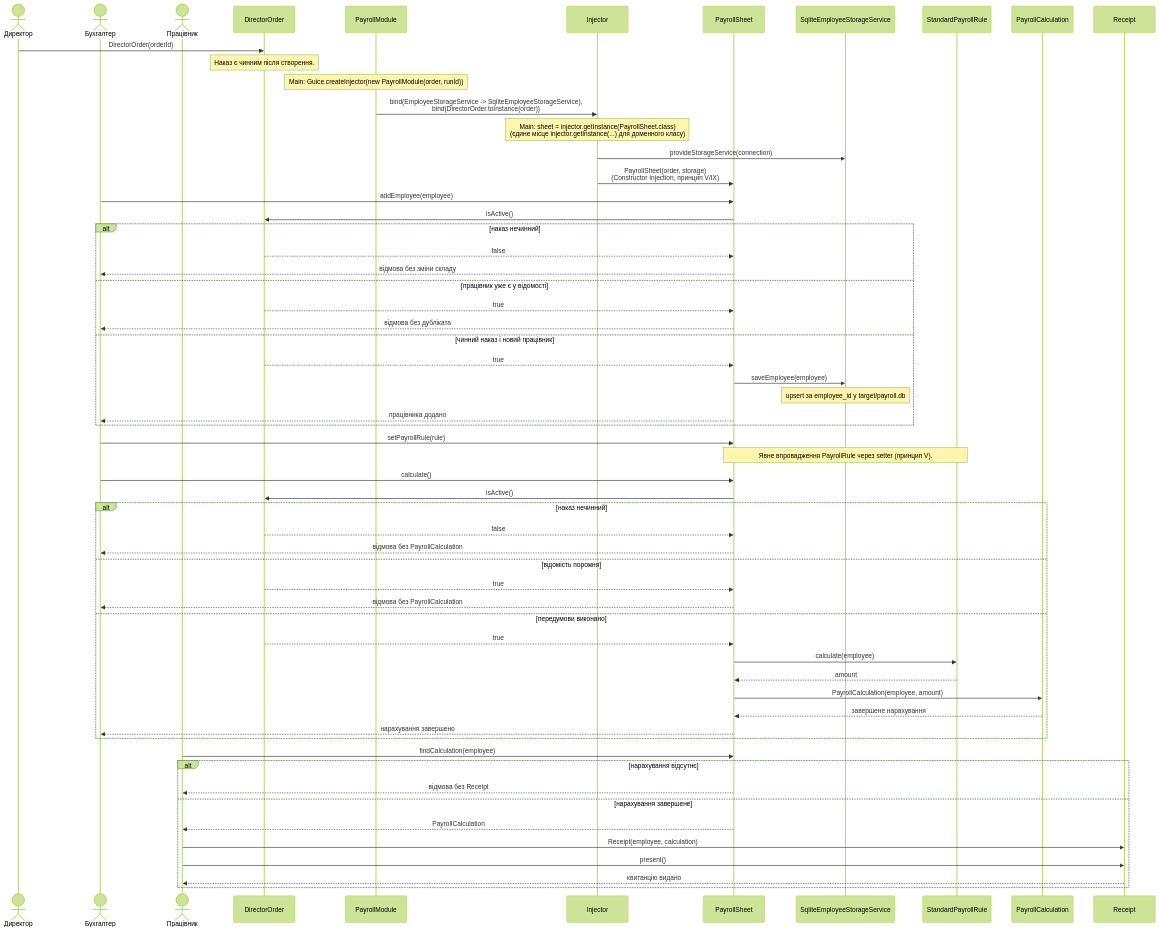
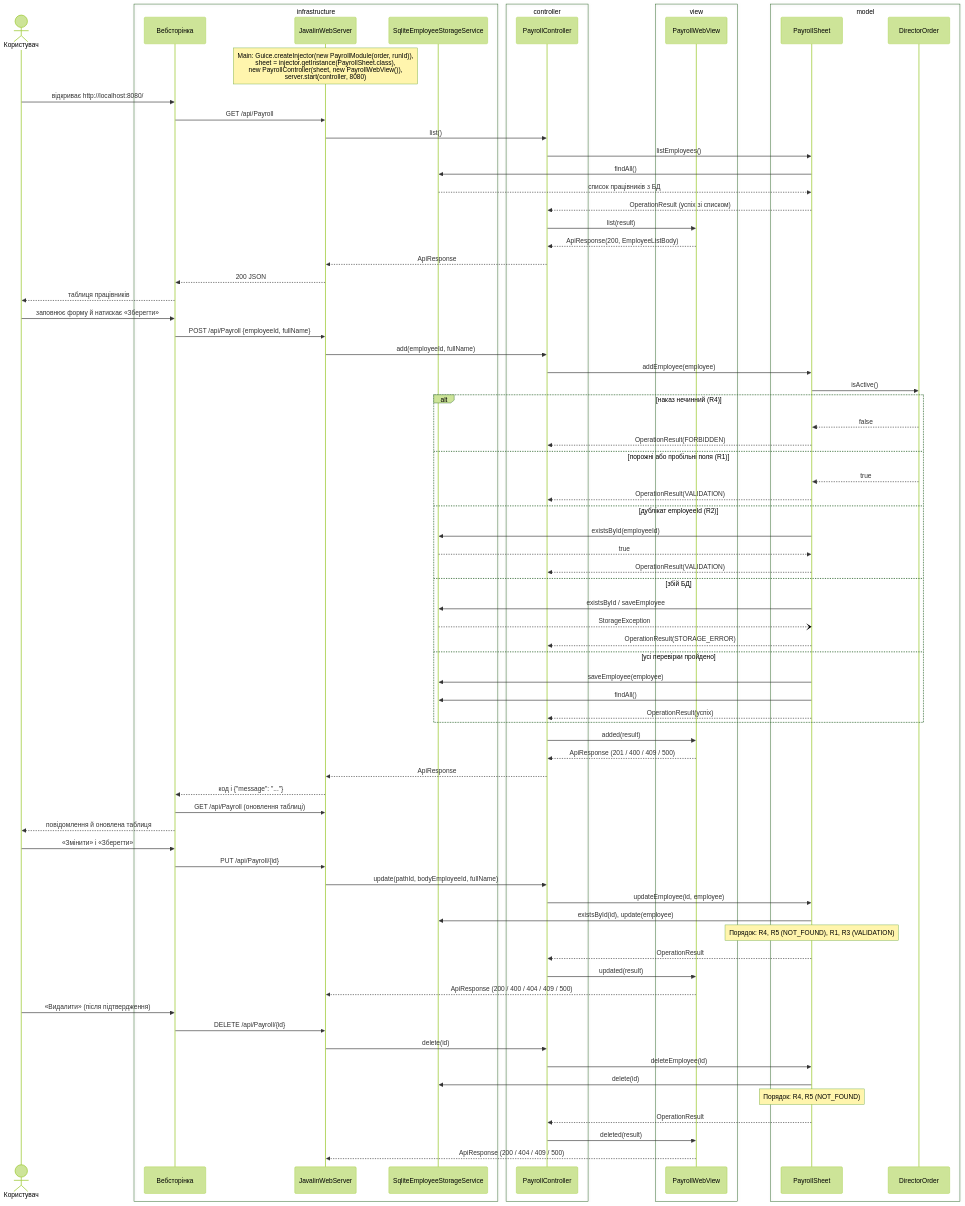
The diagram in docs/sequence.mmd (dmytro-ndp/payroll), drawn with Mermaid (forest theme) before and after one commit. The commit also changed 29 other files, not shown here.

```diff
--- a/docs/sequence.mmd
+++ b/docs/sequence.mmd
@@ -1,65 +1,83 @@
 sequenceDiagram
-    actor director as Директор
-    actor accountant as Бухгалтер
-    actor employee as Працівник
-    participant order as DirectorOrder
-    participant module as PayrollModule
-    participant injector as Injector
-    participant sheet as PayrollSheet
-    participant storage as SqliteEmployeeStorageService
-    participant rule as StandardPayrollRule
-    participant calculation as PayrollCalculation
-    participant receipt as Receipt
-
-    director->>order: DirectorOrder(orderId)
-    Note over order: Наказ є чинним після створення.
-
-    Note over module: Main: Guice.createInjector(new PayrollModule(order, runId))
-    module->>injector: bind(EmployeeStorageService -> SqliteEmployeeStorageService),<br/>bind(DirectorOrder.toInstance(order))
-    Note over injector: Main: sheet = injector.getInstance(PayrollSheet.class)<br/>(єдине місце injector.getInstance(...) для доменного класу)
-    injector->>storage: provideStorageService(connection)
-    injector->>sheet: PayrollSheet(order, storage)<br/>(Constructor Injection, принцип V/IX)
-
-    accountant->>sheet: addEmployee(employee)
-    sheet->>order: isActive()
-    alt наказ нечинний
-        order-->>sheet: false
-        sheet-->>accountant: відмова без зміни складу
-    else працівник уже є у відомості
-        order-->>sheet: true
-        sheet-->>accountant: відмова без дубліката
-    else чинний наказ і новий працівник
-        order-->>sheet: true
-        sheet->>storage: saveEmployee(employee)
-        Note over storage: upsert за employee_id у target/payroll.db
-        sheet-->>accountant: працівника додано
+    actor user as Користувач
+    box infrastructure
+        participant page as Вебсторінка
+        participant server as JavalinWebServer
+        participant storage as SqliteEmployeeStorageService
+    end
+    box controller
+        participant controller as PayrollController
+    end
+    box view
+        participant view as PayrollWebView
+    end
+    box model
+        participant sheet as PayrollSheet
+        participant order as DirectorOrder
     end
 
-    accountant->>sheet: setPayrollRule(rule)
-    Note over sheet,rule: Явне впровадження PayrollRule через setter (принцип V).
-    accountant->>sheet: calculate()
+    Note over server: Main: Guice.createInjector(new PayrollModule(order, runId)),<br/>sheet = injector.getInstance(PayrollSheet.class),<br/>new PayrollController(sheet, new PayrollWebView()),<br/>server.start(controller, 8080)
+
+    user->>page: відкриває http://localhost:8080/
+    page->>server: GET /api/Payroll
+    server->>controller: list()
+    controller->>sheet: listEmployees()
+    sheet->>storage: findAll()
+    storage-->>sheet: список працівників з БД
+    sheet-->>controller: OperationResult (успіх зі списком)
+    controller->>view: list(result)
+    view-->>controller: ApiResponse(200, EmployeeListBody)
+    controller-->>server: ApiResponse
+    server-->>page: 200 JSON
+    page-->>user: таблиця працівників
+
+    user->>page: заповнює форму й натискає «Зберегти»
+    page->>server: POST /api/Payroll {employeeId, fullName}
+    server->>controller: add(employeeId, fullName)
+    controller->>sheet: addEmployee(employee)
     sheet->>order: isActive()
-    alt наказ нечинний
+    alt наказ нечинний (R4)
         order-->>sheet: false
-        sheet-->>accountant: відмова без PayrollCalculation
-    else відомість порожня
+        sheet-->>controller: OperationResult(FORBIDDEN)
+    else порожні або пробільні поля (R1)
         order-->>sheet: true
-        sheet-->>accountant: відмова без PayrollCalculation
-    else передумови виконано
-        order-->>sheet: true
-        sheet->>rule: calculate(employee)
-        rule-->>sheet: amount
-        sheet->>calculation: PayrollCalculation(employee, amount)
-        calculation-->>sheet: завершене нарахування
-        sheet-->>accountant: нарахування завершено
+        sheet-->>controller: OperationResult(VALIDATION)
+    else дублікат employeeId (R2)
+        sheet->>storage: existsById(employeeId)
+        storage-->>sheet: true
+        sheet-->>controller: OperationResult(VALIDATION)
+    else збій БД
+        sheet->>storage: existsById / saveEmployee
+        storage--)sheet: StorageException
+        sheet-->>controller: OperationResult(STORAGE_ERROR)
+    else усі перевірки пройдено
+        sheet->>storage: saveEmployee(employee)
+        sheet->>storage: findAll()
+        sheet-->>controller: OperationResult(успіх)
     end
+    controller->>view: added(result)
+    view-->>controller: ApiResponse (201 / 400 / 409 / 500)
+    controller-->>server: ApiResponse
+    server-->>page: код і {"message": "..."}
+    page->>server: GET /api/Payroll (оновлення таблиці)
+    page-->>user: повідомлення й оновлена таблиця
 
-    employee->>sheet: findCalculation(employee)
-    alt нарахування відсутнє
-        sheet-->>employee: відмова без Receipt
-    else нарахування завершене
-        sheet-->>employee: PayrollCalculation
-        employee->>receipt: Receipt(employee, calculation)
-        employee->>receipt: present()
-        receipt-->>employee: квитанцію видано
-    end
+    user->>page: «Змінити» і «Зберегти»
+    page->>server: PUT /api/Payroll/{id}
+    server->>controller: update(pathId, bodyEmployeeId, fullName)
+    controller->>sheet: updateEmployee(id, employee)
+    sheet->>storage: existsById(id), update(employee)
+    Note over sheet: Порядок: R4, R5 (NOT_FOUND), R1, R3 (VALIDATION)
+    sheet-->>controller: OperationResult
+    controller->>view: updated(result)
+    view-->>server: ApiResponse (200 / 400 / 404 / 409 / 500)
+
+    user->>page: «Видалити» (після підтвердження)
+    page->>server: DELETE /api/Payroll/{id}
+    server->>controller: delete(id)
+    controller->>sheet: deleteEmployee(id)
+    sheet->>storage: delete(id)
+    Note over sheet: Порядок: R4, R5 (NOT_FOUND)
+    sheet-->>controller: OperationResult
+    controller->>view: deleted(result)
+    view-->>server: ApiResponse (200 / 404 / 409 / 500)
```
